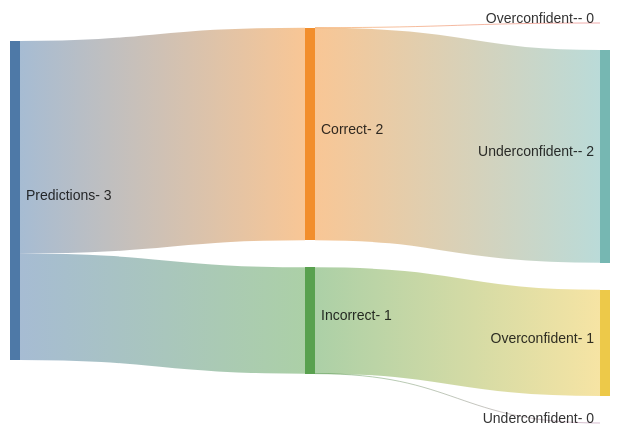
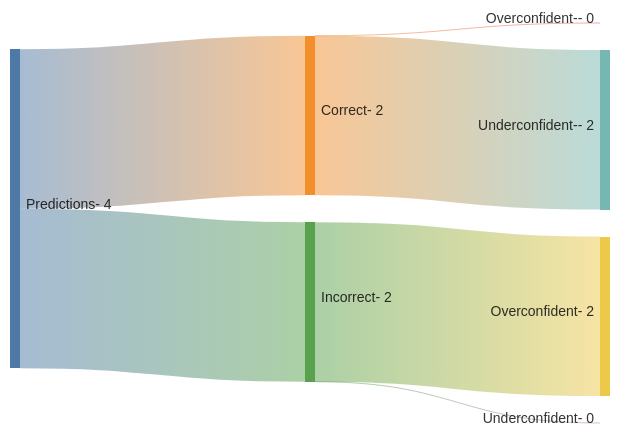
Before and after one commit to bippyboppy/bippyboppy.github.io: the diagram in docs/predictions.md, drawn with Mermaid. The commit also changed 3 other files, not shown here.

````diff
--- a/docs/predictions.md
+++ b/docs/predictions.md
@@ -6,10 +6,10 @@
 ```mermaid
 sankey-beta
 Predictions-,Correct-,2
 Correct-,Overconfident--,0
 Correct-,Underconfident--,2
 
-Predictions-,Incorrect-,1
-Incorrect-,Overconfident-,1
+Predictions-,Incorrect-,2
+Incorrect-,Overconfident-,2
 Incorrect-,Underconfident-,0
 ```
````
